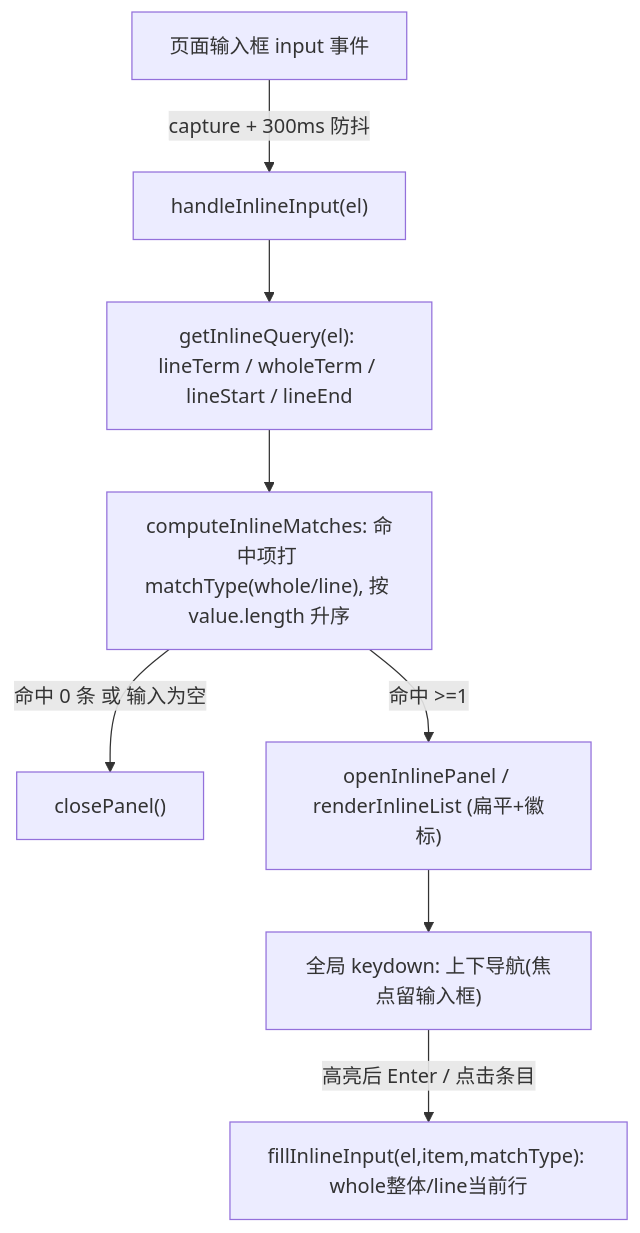
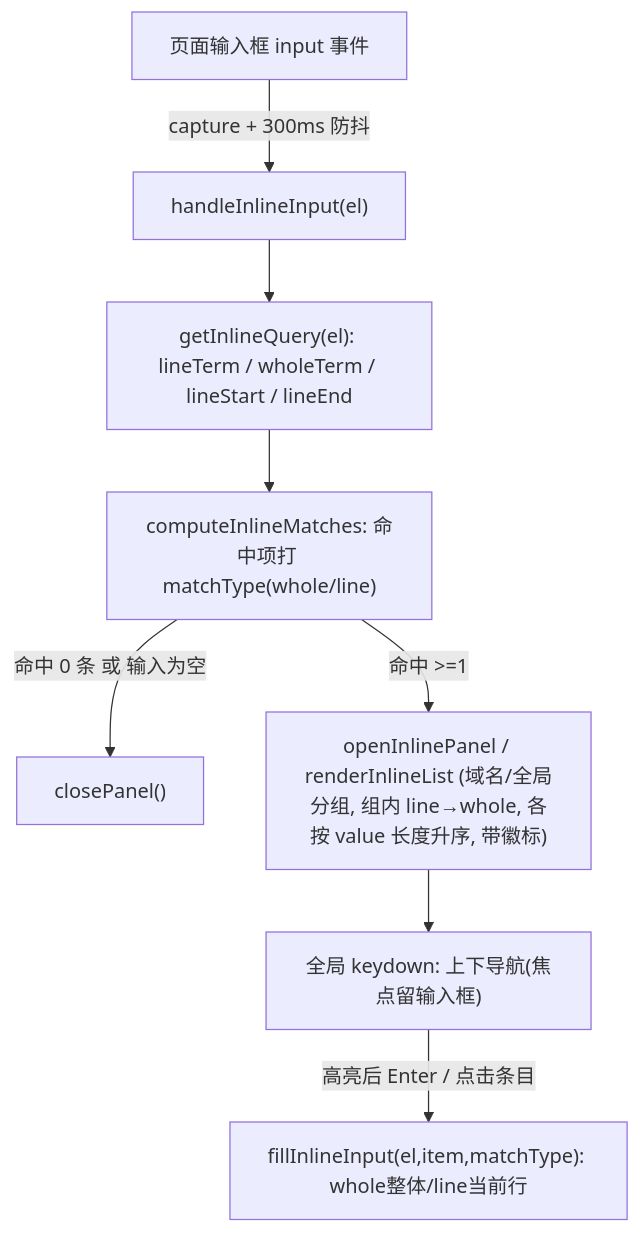
Before and after one commit to jiang-code88/front_demo: the diagram in .cursor/plans/输入触发自动填充面板_0229abad.plan.md, drawn with Mermaid. The commit also changed other lines of this file and 1 other file, not shown here.

Commit message:
refactor(autofill): 重构 inline 模式渲染逻辑，按作用域与匹配类型分组，优化列表展示顺序与样式

````diff
--- a/.cursor/plans/输入触发自动填充面板_0229abad.plan.md
+++ b/.cursor/plans/输入触发自动填充面板_0229abad.plan.md
@@ -63,10 +69,10 @@
 ```mermaid
 flowchart TD
   inputEvt["页面输入框 input 事件"] -->|"capture + 300ms 防抖"| handle["handleInlineInput(el)"]
   handle --> getq["getInlineQuery(el): lineTerm / wholeTerm / lineStart / lineEnd"]
-  getq --> match["computeInlineMatches: 命中项打 matchType(whole/line), 按 value.length 升序"]
+  getq --> match["computeInlineMatches: 命中项打 matchType(whole/line)"]
   match -->|"命中 0 条 或 输入为空"| close["closePanel()"]
-  match -->|"命中 >=1"| open["openInlinePanel / renderInlineList (扁平+徽标)"]
+  match -->|"命中 >=1"| open["openInlinePanel / renderInlineList (域名/全局分组, 组内 line→whole, 各按 value 长度升序, 带徽标)"]
   open --> nav["全局 keydown: 上下导航(焦点留输入框)"]
   nav -->|"高亮后 Enter / 点击条目"| fill["fillInlineInput(el,item,matchType): whole整体/line当前行"]
 ```
````
